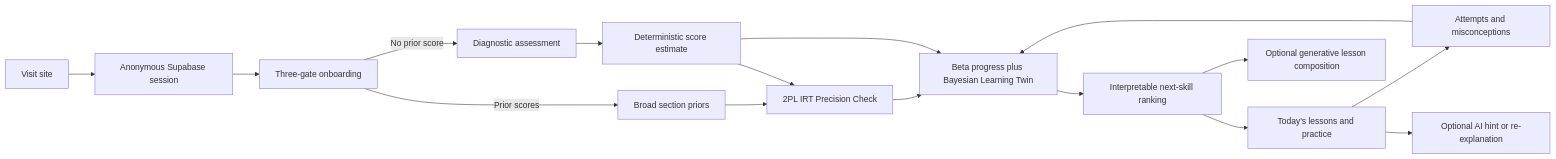
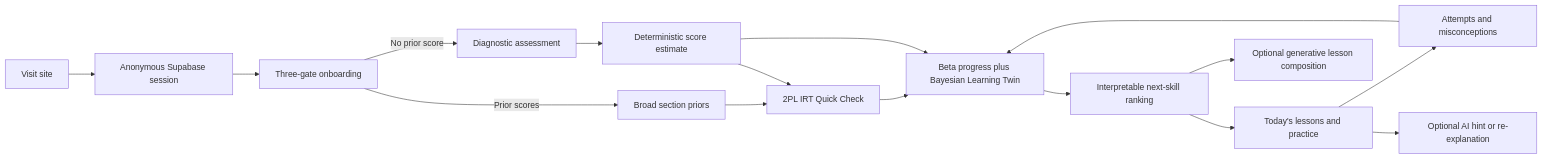
The diagram in docs/TECHNICAL_ARCHITECTURE.md (Hvcvvbjj/act-tutor--Prelim-My-Version), drawn with Mermaid before and after one commit. The commit also changed other lines of this file and 27 other files, not shown here.

````diff
--- a/docs/TECHNICAL_ARCHITECTURE.md
+++ b/docs/TECHNICAL_ARCHITECTURE.md
@@ -7,18 +7,18 @@
 ```mermaid
 flowchart LR
     A[Visit site] --> B[Anonymous Supabase session]
     B --> C[Three-gate onboarding]
     C -->|Prior scores| D[Broad section priors]
     C -->|No prior score| E[Diagnostic assessment]
-    D --> F[2PL IRT Precision Check]
+    D --> F[2PL IRT Quick Check]
     E --> G[Deterministic score estimate]
     G --> F
     F --> H[Beta progress plus Bayesian Learning Twin]
     G --> H
     H --> I[Interpretable next-skill ranking]
     I --> J[Today's lessons and practice]
     J --> K[Attempts and misconceptions]
     K --> H
     I --> L[Optional generative lesson composition]
     J --> M[Optional AI hint or re-explanation]
 ```
````
